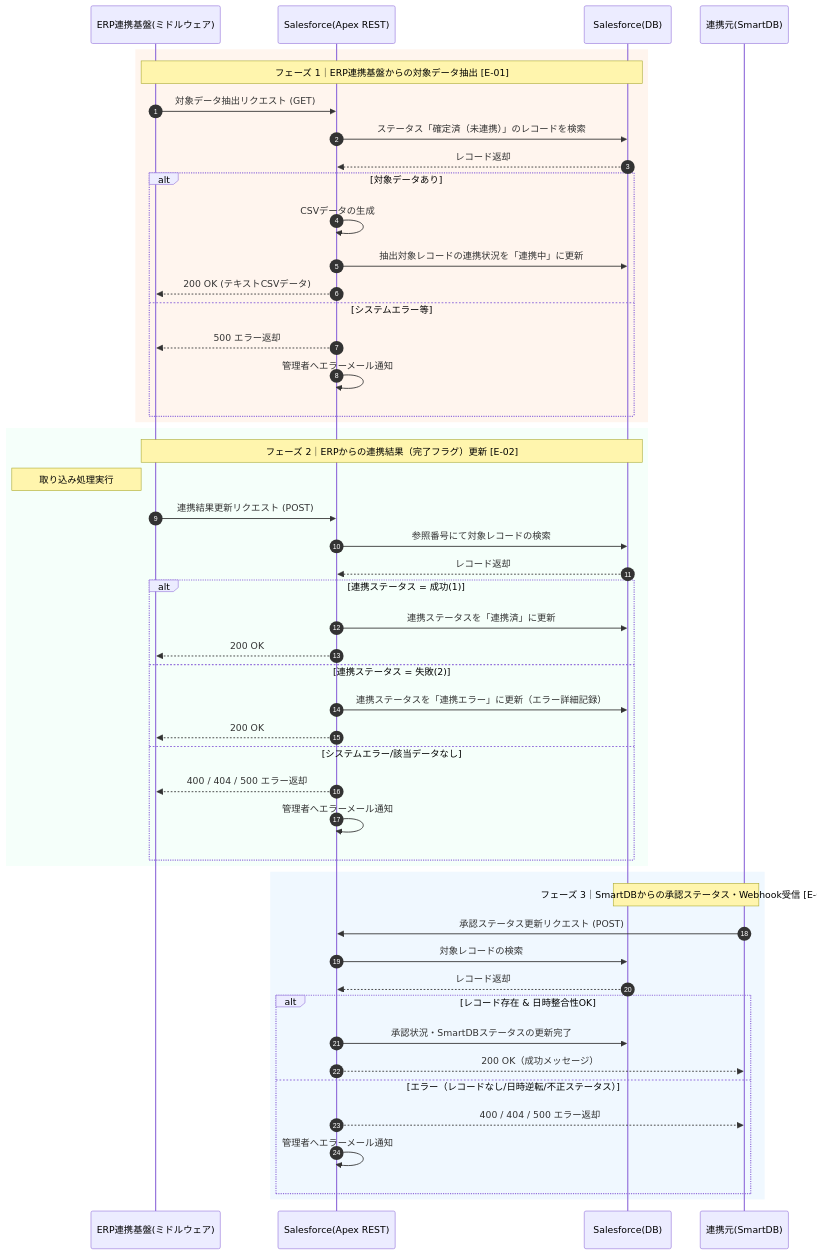
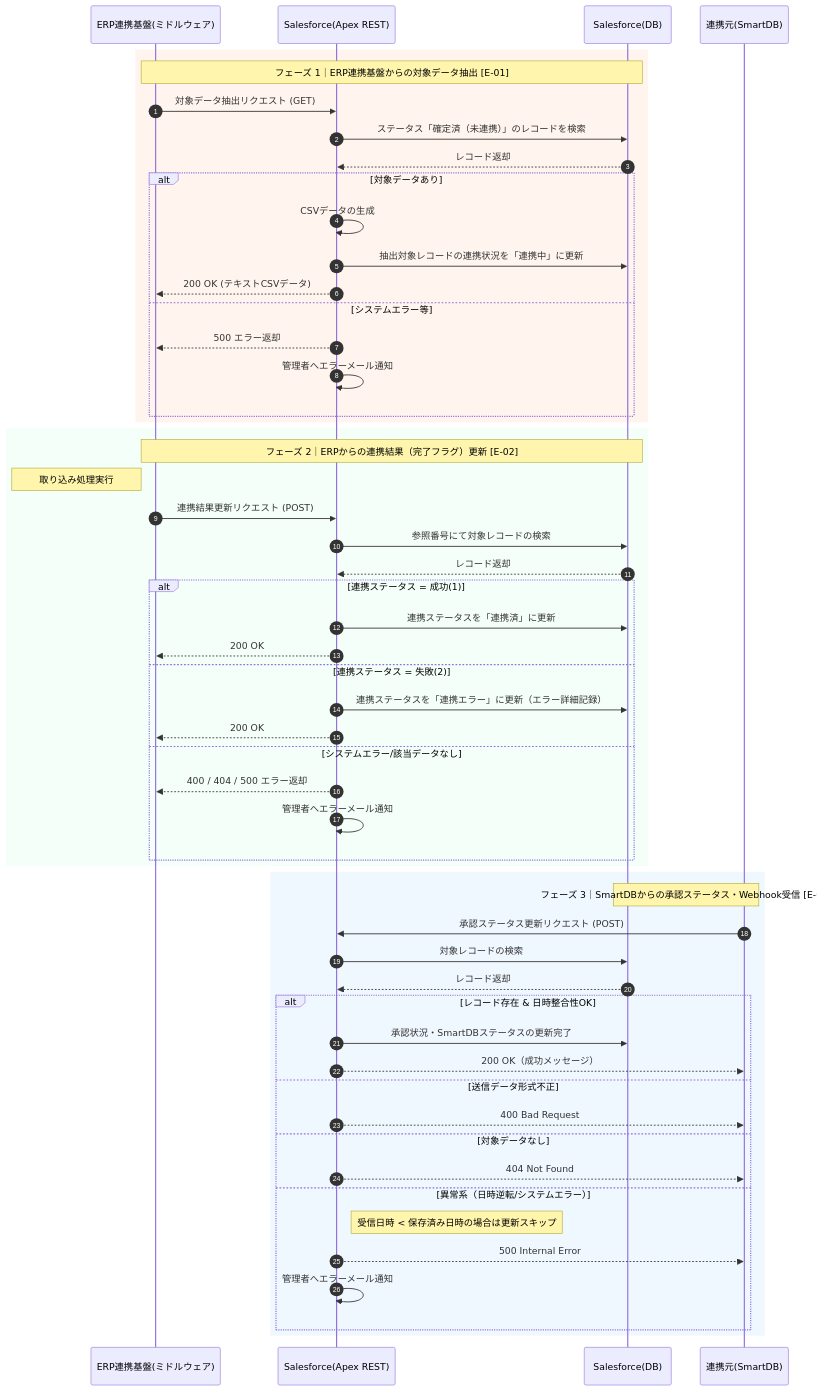
One commit to yuichiro0803/Obsidian changed the diagram in projects/P01_業務処理フロー設計書（引継ぎ用）/03_設計書/02_請求情報連携API処理/02_システムシーケンス図.md. Above: the diagram before and after it, drawn with Mermaid. The commit also changed other lines of this file and 3 other files, not shown here.

````diff
--- a/projects/P01_業務処理フロー設計書（引継ぎ用）/03_設計書/02_請求情報連携API処理/02_システムシーケンス図.md
+++ b/projects/P01_業務処理フロー設計書（引継ぎ用）/03_設計書/02_請求情報連携API処理/02_システムシーケンス図.md
@@ -9,58 +9,63 @@
 ```mermaid
 sequenceDiagram
     autonumber
     participant ERP as ERP連携基盤(ミドルウェア)
     participant SF_API as Salesforce(Apex REST)
     participant SF_DB as Salesforce(DB)
     participant SDB as 連携元(SmartDB)
 
     rect rgb(255, 245, 238)
     Note over ERP, SF_DB: フェーズ 1｜ERP連携基盤からの対象データ抽出 [E-01]
     ERP->>SF_API: 対象データ抽出リクエスト (GET)
     SF_API->>SF_DB: ステータス「確定済（未連携）」のレコードを検索
     SF_DB-->>SF_API: レコード返却
     
     alt 対象データあり
         SF_API->>SF_API: CSVデータの生成
         SF_API->>SF_DB: 抽出対象レコードの連携状況を「連携中」に更新
         SF_API-->>ERP: 200 OK (テキストCSVデータ)
     else システムエラー等
         SF_API-->>ERP: 500 エラー返却
         SF_API->>SF_API: 管理者へエラーメール通知
     end
     end
 
     rect rgb(245, 255, 250)
     Note over ERP, SF_DB: フェーズ 2｜ERPからの連携結果（完了フラグ）更新 [E-02]
     Note left of ERP: 取り込み処理実行
     ERP->>SF_API: 連携結果更新リクエスト (POST)
     SF_API->>SF_DB: 参照番号にて対象レコードの検索
     SF_DB-->>SF_API: レコード返却
     
     alt 連携ステータス = 成功(1)
         SF_API->>SF_DB: 連携ステータスを「連携済」に更新
         SF_API-->>ERP: 200 OK
     else 連携ステータス = 失敗(2)
         SF_API->>SF_DB: 連携ステータスを「連携エラー」に更新（エラー詳細記録）
         SF_API-->>ERP: 200 OK
     else システムエラー/該当データなし
         SF_API-->>ERP: 400 / 404 / 500 エラー返却
         SF_API->>SF_API: 管理者へエラーメール通知
     end
     end
 
     rect rgb(240, 248, 255)
     Note over SDB, SF_DB: フェーズ 3｜SmartDBからの承認ステータス・Webhook受信 [E-03]
     SDB->>SF_API: 承認ステータス更新リクエスト (POST)
     SF_API->>SF_DB: 対象レコードの検索
     SF_DB-->>SF_API: レコード返却
     
     alt レコード存在 & 日時整合性OK
         SF_API->>SF_DB: 承認状況・SmartDBステータスの更新完了
         SF_API-->>SDB: 200 OK（成功メッセージ）
-    else エラー（レコードなし/日時逆転/不正ステータス）
-        SF_API-->>SDB: 400 / 404 / 500 エラー返却
+    else 送信データ形式不正
+        SF_API-->>SDB: 400 Bad Request
+    else 対象データなし
+        SF_API-->>SDB: 404 Not Found
+    else 異常系（日時逆転/システムエラー）
+        Note right of SF_API: 受信日時 < 保存済み日時の場合は更新スキップ
+        SF_API-->>SDB: 500 Internal Error
         SF_API->>SF_API: 管理者へエラーメール通知
     end
     end
 ```
````
